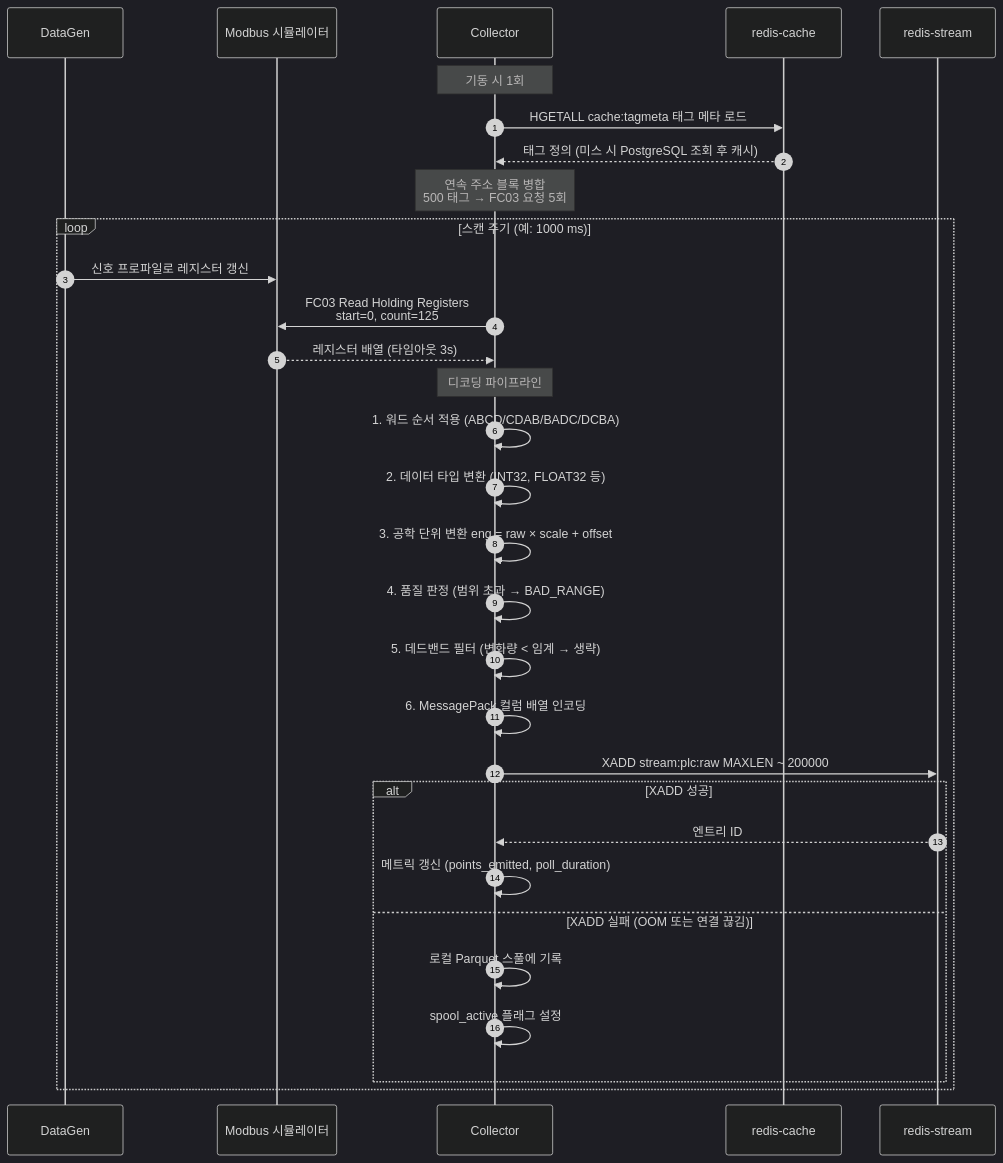
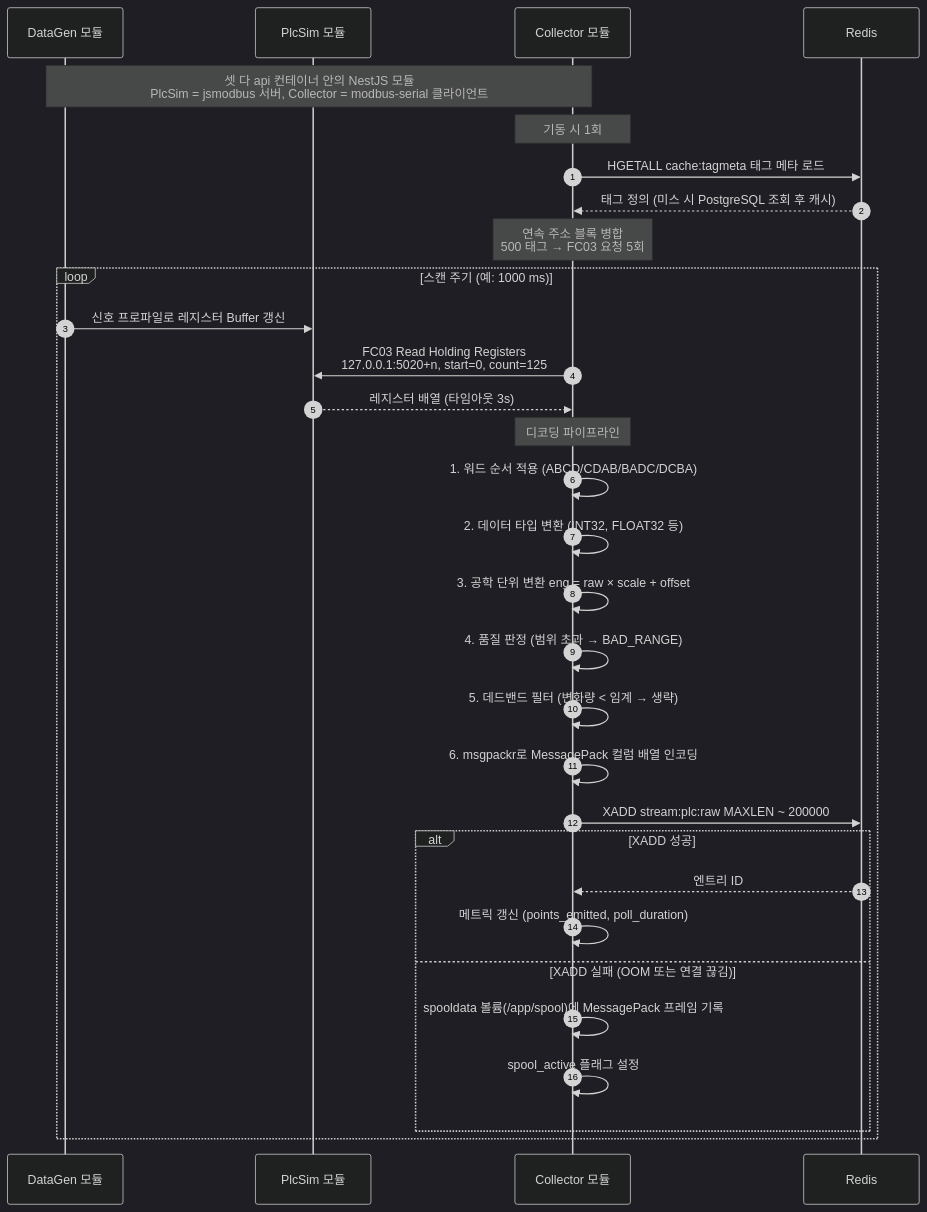
Before and after one commit to jaepil02/db_study: the second of 19 diagrams in data_flow.md, drawn with Mermaid (dark theme). The commit also changed other lines of this file and 3 other files, not shown here.

````diff
--- a/data_flow.md
+++ b/data_flow.md
@@ -109,37 +124,38 @@
 ```mermaid
 sequenceDiagram
     autonumber
-    participant DG as DataGen
-    participant MS as Modbus 시뮬레이터
-    participant CL as Collector
-    participant RC as redis-cache
-    participant SR as redis-stream
+    participant DG as DataGen 모듈
+    participant MS as PlcSim 모듈
+    participant CL as Collector 모듈
+    participant R as Redis
+
+    Note over DG,CL: 셋 다 api 컨테이너 안의 NestJS 모듈<br/>PlcSim = jsmodbus 서버, Collector = modbus-serial 클라이언트
 
     Note over CL: 기동 시 1회
-    CL->>RC: HGETALL cache:tagmeta 태그 메타 로드
-    RC-->>CL: 태그 정의 (미스 시 PostgreSQL 조회 후 캐시)
+    CL->>R: HGETALL cache:tagmeta 태그 메타 로드
+    R-->>CL: 태그 정의 (미스 시 PostgreSQL 조회 후 캐시)
     Note over CL: 연속 주소 블록 병합<br/>500 태그 → FC03 요청 5회
 
     loop 스캔 주기 (예: 1000 ms)
-        DG->>MS: 신호 프로파일로 레지스터 갱신
-        CL->>MS: FC03 Read Holding Registers<br/>start=0, count=125
+        DG->>MS: 신호 프로파일로 레지스터 Buffer 갱신
+        CL->>MS: FC03 Read Holding Registers<br/>127.0.0.1:5020+n, start=0, count=125
         MS-->>CL: 레지스터 배열 (타임아웃 3s)
 
         Note over CL: 디코딩 파이프라인
         CL->>CL: 1. 워드 순서 적용 (ABCD/CDAB/BADC/DCBA)
         CL->>CL: 2. 데이터 타입 변환 (INT32, FLOAT32 등)
         CL->>CL: 3. 공학 단위 변환 eng = raw × scale + offset
         CL->>CL: 4. 품질 판정 (범위 초과 → BAD_RANGE)
         CL->>CL: 5. 데드밴드 필터 (변화량 < 임계 → 생략)
-        CL->>CL: 6. MessagePack 컬럼 배열 인코딩
+        CL->>CL: 6. msgpackr로 MessagePack 컬럼 배열 인코딩
 
-        CL->>SR: XADD stream:plc:raw MAXLEN ~ 200000
+        CL->>R: XADD stream:plc:raw MAXLEN ~ 200000
         alt XADD 성공
-            SR-->>CL: 엔트리 ID
+            R-->>CL: 엔트리 ID
             CL->>CL: 메트릭 갱신 (points_emitted, poll_duration)
         else XADD 실패 (OOM 또는 연결 끊김)
-            CL->>CL: 로컬 Parquet 스풀에 기록
+            CL->>CL: spooldata 볼륨(/app/spool)에 MessagePack 프레임 기록
             CL->>CL: spool_active 플래그 설정
         end
     end
 ```
````
